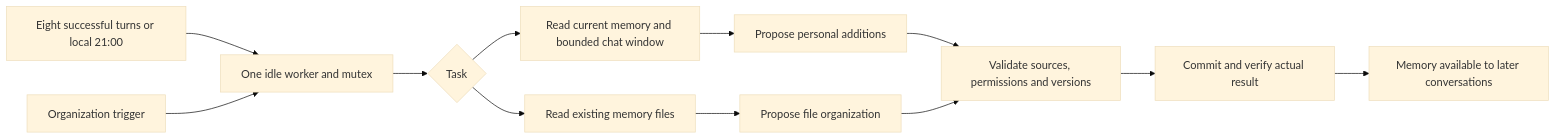
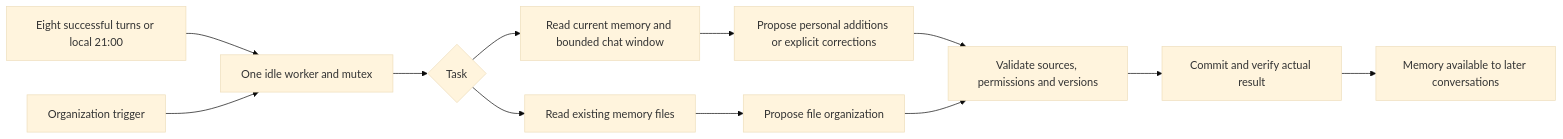
The diagram in docs/dev/references/memory/overview.md (CherryHQ/cherry-studio), drawn with Mermaid (base theme) before and after one commit. The commit also changed other lines of this file and 17 other files, not shown here.

Commit message:
fix(memory-extraction): apply explicit corrections and anchor goals to source dates

````diff
--- a/docs/dev/references/memory/overview.md
+++ b/docs/dev/references/memory/overview.md
@@ -117,14 +117,14 @@
 ```mermaid
 flowchart LR
     E[Eight successful turns or local 21:00] --> Q[One idle worker and mutex]
     D[Organization trigger] --> Q
     Q --> T{Task}
     T --> ER[Read current memory and bounded chat window]
     T --> DR[Read existing memory files]
-    ER --> EP[Propose personal additions]
+    ER --> EP[Propose personal additions or explicit corrections]
     DR --> DP[Propose file organization]
     EP --> V[Validate sources, permissions and versions]
     DP --> V
     V --> C[Commit and verify actual result]
     C --> M[Memory available to later conversations]
 ```
````
